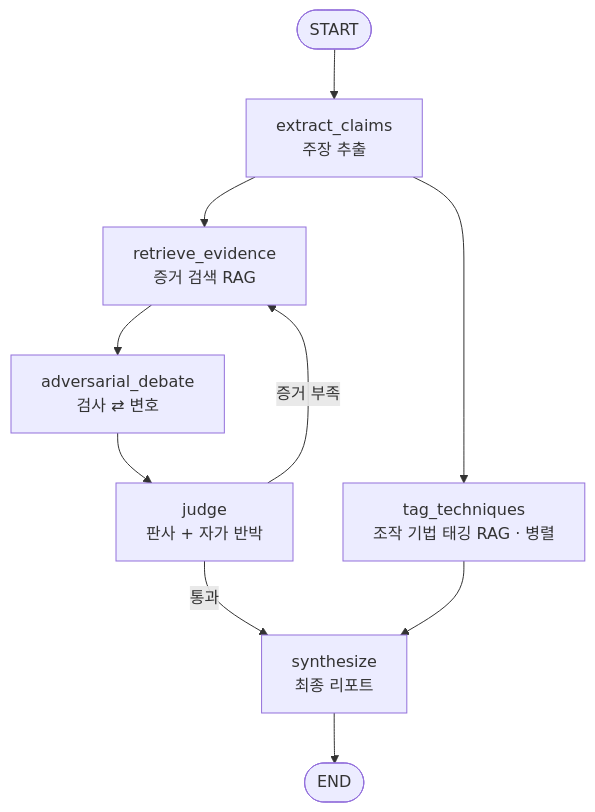
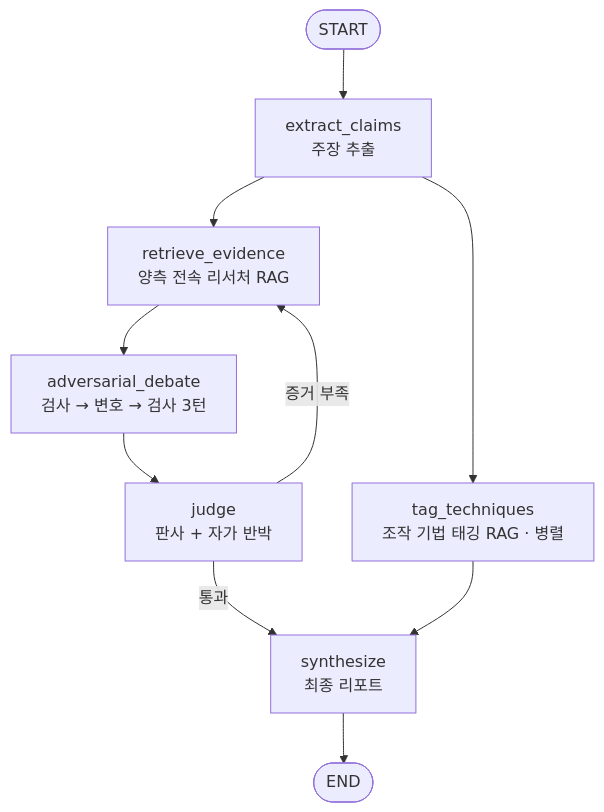
The diagram in README.md (Ryu-Jemu/examiner-agent), drawn with Mermaid before and after one commit. The commit also changed other lines of this file and 22 other files, not shown here.

````diff
--- a/README.md
+++ b/README.md
@@ -16,12 +18,12 @@
 ```mermaid
 flowchart TD
     START([START]) --> EX[extract_claims<br/>주장 추출]
-    EX --> RE[retrieve_evidence<br/>증거 검색 RAG]
+    EX --> RE[retrieve_evidence<br/>양측 전속 리서처 RAG]
     EX --> TT[tag_techniques<br/>조작 기법 태깅 RAG · 병렬]
-    RE --> AD[adversarial_debate<br/>검사 ⇄ 변호]
+    RE --> AD[adversarial_debate<br/>검사 → 변호 → 검사 3턴]
     AD --> JU[judge<br/>판사 + 자가 반박]
     JU -->|증거 부족| RE
     JU -->|통과| SY[synthesize<br/>최종 리포트]
     TT --> SY
     SY --> END([END])
 ```
````
